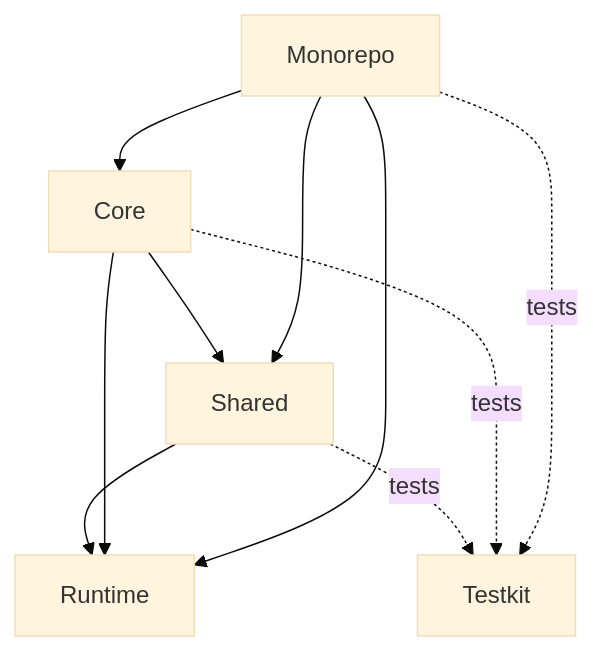
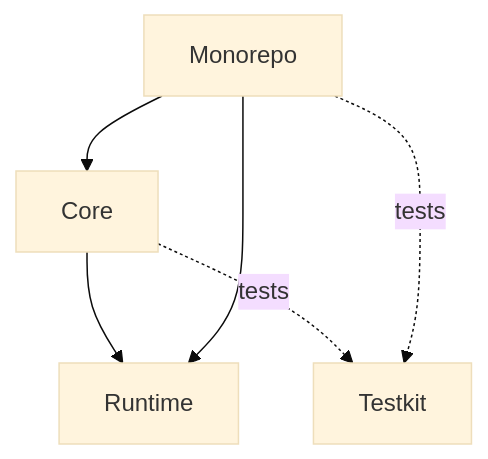
One commit to scalauser12/sbt-release-io changed the first of 3 diagrams in docs/ARCHITECTURE.md. Above: the diagram before and after it, drawn with Mermaid (base theme). The commit also changed other lines of this file and 58 other files, not shown here.

Commit message:
Remove shared plugin surface and restore core-owned grouped keys

````diff
--- a/docs/ARCHITECTURE.md
+++ b/docs/ARCHITECTURE.md
@@ -21,17 +21,12 @@
 ```mermaid
 flowchart TB
   testkit[Testkit]
   runtime[Runtime]
-  shared[Shared]
   core[Core]
   monorepo[Monorepo]
-  shared --> runtime
-  core --> shared
   core --> runtime
   monorepo --> core
-  monorepo --> shared
   monorepo --> runtime
-  shared -. tests .-> testkit
   core -. tests .-> testkit
   monorepo -. tests .-> testkit
 ```
````
